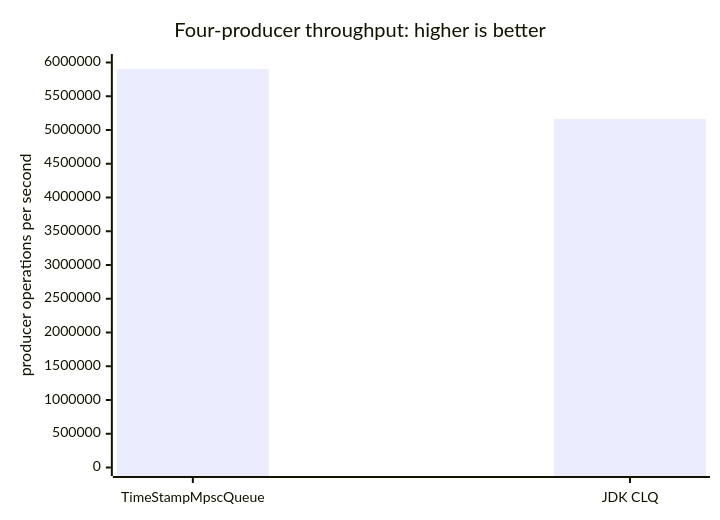
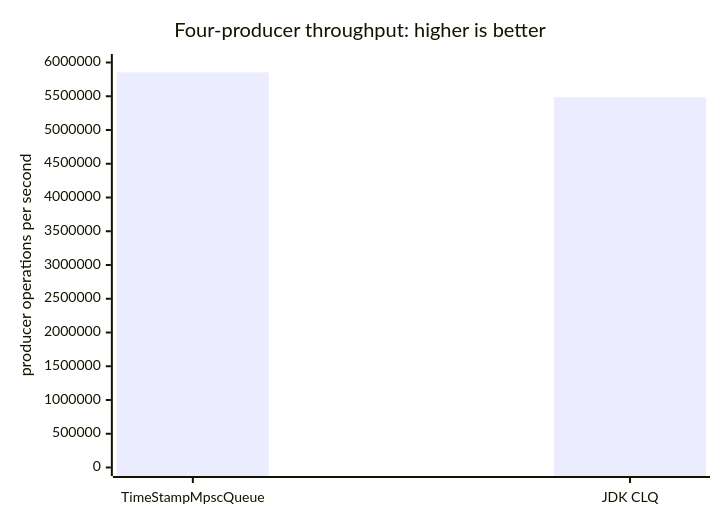
One commit to kmgowda/SBK changed diagram 30 of 34 in docs/TIMESTAMP_MPSC_QUEUE.md. Above: the diagram before and after it, drawn with Mermaid. The commit also changed other lines of this file and 5 other files, not shown here.

````diff
--- a/docs/TIMESTAMP_MPSC_QUEUE.md
+++ b/docs/TIMESTAMP_MPSC_QUEUE.md
@@ -1409,7 +1409,7 @@
 ```mermaid
 xychart-beta
     title "Four-producer throughput: higher is better"
     x-axis ["TimeStampMpscQueue", "JDK CLQ"]
     y-axis "producer operations per second" 0 --> 6000000
-    bar [5904509, 5163359]
+    bar [5853294, 5483912]
 ```
````
